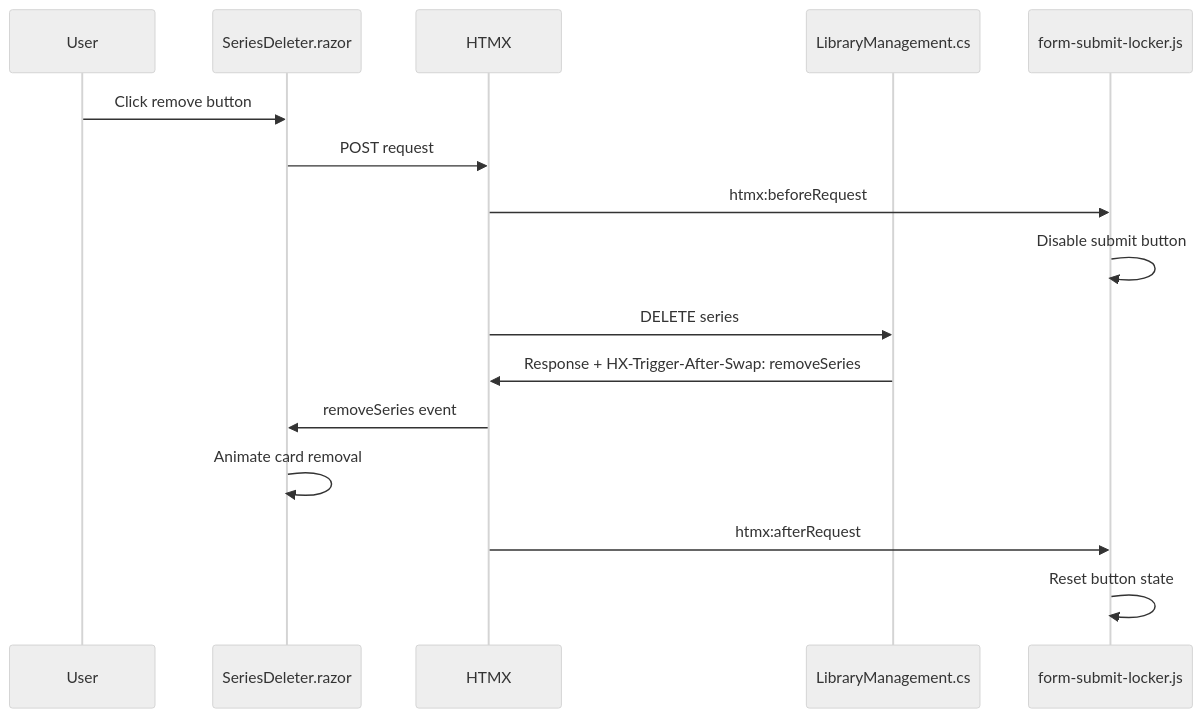
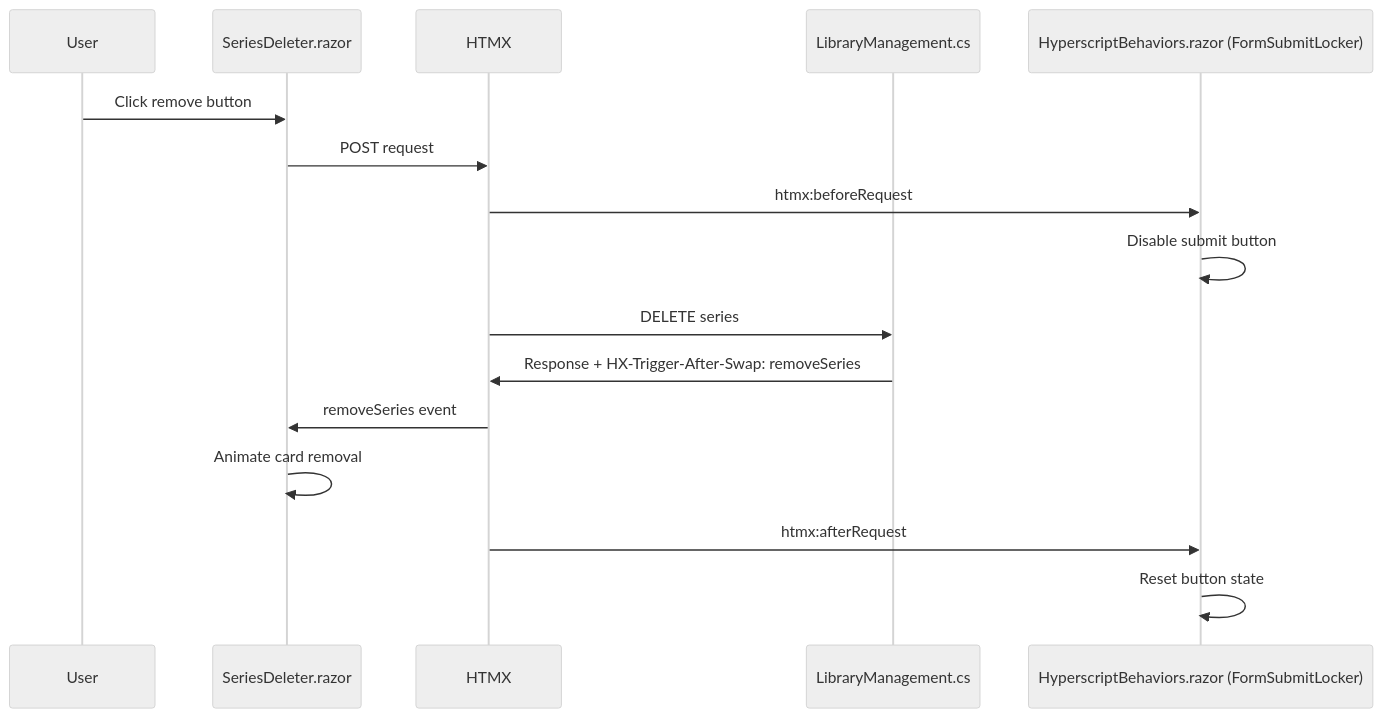
The first of 2 diagrams in src/AnimeFeedManager.Web/docs/CUSTOM-EVENTS.md (xxnickles/anime-feed-manager), drawn with Mermaid (neutral theme) before and after one commit. The commit also changed other lines of this file and 9 other files, not shown here.

````diff
--- a/src/AnimeFeedManager.Web/docs/CUSTOM-EVENTS.md
+++ b/src/AnimeFeedManager.Web/docs/CUSTOM-EVENTS.md
@@ -95,19 +78,19 @@
 ```mermaid
 sequenceDiagram
     participant User
     participant SeriesDeleter as SeriesDeleter.razor
     participant HTMX
     participant Server as LibraryManagement.cs
-    participant FormLocker as form-submit-locker.js
+    participant FormLocker as HyperscriptBehaviors.razor (FormSubmitLocker)
 
     User->>SeriesDeleter: Click remove button
     SeriesDeleter->>HTMX: POST request
     HTMX->>FormLocker: htmx:beforeRequest
     FormLocker->>FormLocker: Disable submit button
     HTMX->>Server: DELETE series
     Server->>HTMX: Response + HX-Trigger-After-Swap: removeSeries
     HTMX->>SeriesDeleter: removeSeries event
     SeriesDeleter->>SeriesDeleter: Animate card removal
     HTMX->>FormLocker: htmx:afterRequest
     FormLocker->>FormLocker: Reset button state
 ```
````
